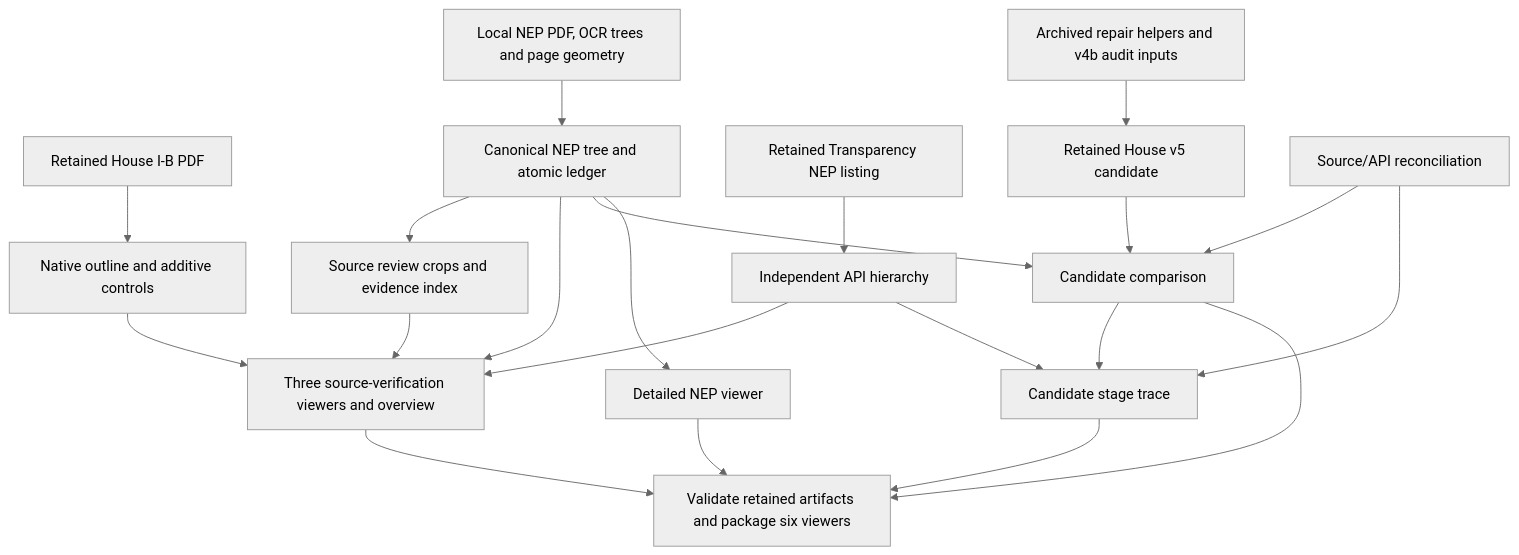
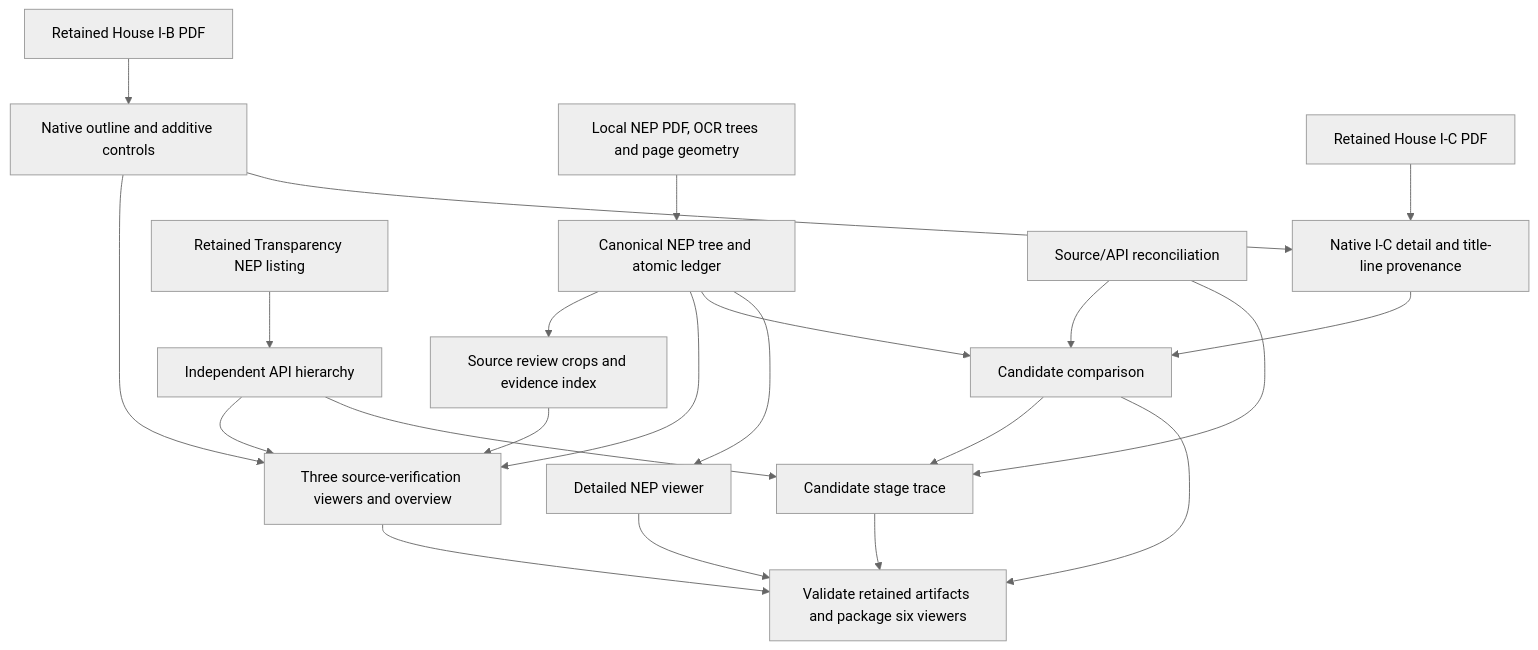
The diagram in analysis/docs/codebase_reassessment.md (csiiiv/DPWH-NEP-HB-2027-ANALYSIS), drawn with Mermaid (neutral theme) before and after one commit. The commit also changed other lines of this file and 60 other files, not shown here.

Commit message:
Replace retired House v5 data with audited native I-C detail

````diff
--- a/analysis/docs/codebase_reassessment.md
+++ b/analysis/docs/codebase_reassessment.md
@@ -36,23 +36,24 @@
 ```mermaid
 flowchart TD
     HB[Retained House I-B PDF] --> HBT[Native outline and additive controls]
     NEP[Local NEP PDF, OCR trees and page geometry] --> NT[Canonical NEP tree and atomic ledger]
     NT --> IM[Source review crops and evidence index]
     API[Retained Transparency NEP listing] --> AT[Independent API hierarchy]
     HBT --> V[Three source-verification viewers and overview]
     NT --> V
     IM --> V
     AT --> V
-    OLD[Archived repair helpers and v4b audit inputs] --> H5[Retained House v5 candidate]
+    IC[Retained House I-C PDF] --> HIC[Native I-C detail and title-line provenance]
+    HBT --> HIC
     REC[Source/API reconciliation] --> C[Candidate comparison]
-    H5 --> C
+    HIC --> C
     NT --> C
     REC --> ST[Candidate stage trace]
     C --> ST
     AT --> ST
     NT --> DETAIL[Detailed NEP viewer]
     V --> PACK[Validate retained artifacts and package six viewers]
     DETAIL --> PACK
     C --> PACK
     ST --> PACK
 ```
````
